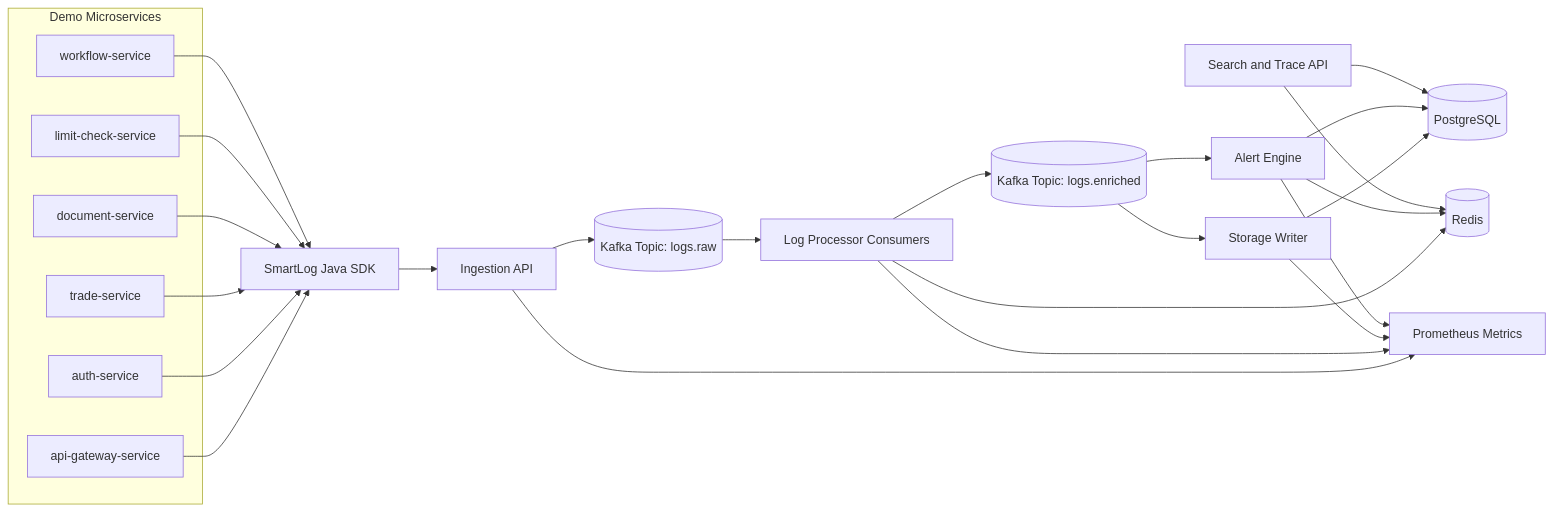
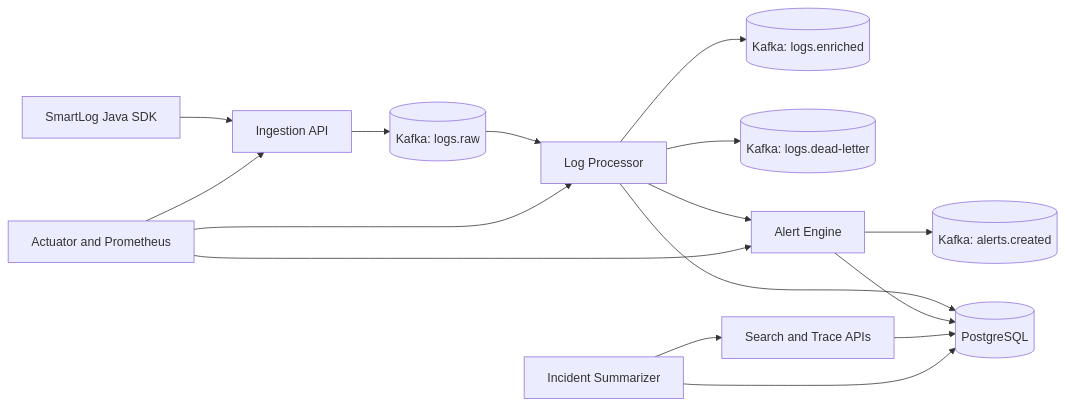
One commit to Aman-Tripathi-Code/smartLog changed the diagram in README.md. Above: the diagram before and after it, drawn with Mermaid. The commit also changed other lines of this file, not shown here.

````diff
--- a/README.md
+++ b/README.md
@@ -381,47 +27,18 @@
 ```mermaid
 flowchart LR
-    subgraph DemoMicroservices[Demo Microservices]
-        APIGW[api-gateway-service]
-        AUTH[auth-service]
-        TRADE[trade-service]
-        DOC[document-service]
-        LIMIT[limit-check-service]
-        WORKFLOW[workflow-service]
-    end
-
-    SDK[SmartLog Java SDK]
-    INGEST[Ingestion API]
-    KRAW[(Kafka Topic: logs.raw)]
-    PROCESSOR[Log Processor Consumers]
-    KENRICH[(Kafka Topic: logs.enriched)]
-    STORAGE[Storage Writer]
-    ALERT[Alert Engine]
-    DB[(PostgreSQL)]
-    REDIS[(Redis)]
-    QUERY[Search and Trace API]
-    METRICS[Prometheus Metrics]
-
-    APIGW --> SDK
-    AUTH --> SDK
-    TRADE --> SDK
-    DOC --> SDK
-    LIMIT --> SDK
-    WORKFLOW --> SDK
-
-    SDK --> INGEST
-    INGEST --> KRAW
-    KRAW --> PROCESSOR
-    PROCESSOR --> KENRICH
-    PROCESSOR --> REDIS
-    KENRICH --> STORAGE
-    STORAGE --> DB
-    KENRICH --> ALERT
+    SDK[SmartLog Java SDK] --> INGEST[Ingestion API]
+    INGEST --> RAW[(Kafka: logs.raw)]
+    RAW --> PROCESSOR[Log Processor]
+    PROCESSOR --> ENRICHED[(Kafka: logs.enriched)]
+    PROCESSOR --> DLQ[(Kafka: logs.dead-letter)]
+    PROCESSOR --> DB[(PostgreSQL)]
+    PROCESSOR --> ALERT[Alert Engine]
     ALERT --> DB
-    ALERT --> REDIS
-    QUERY --> DB
-    QUERY --> REDIS
-    INGEST --> METRICS
-    PROCESSOR --> METRICS
-    STORAGE --> METRICS
-    ALERT --> METRICS
+    ALERT --> ALERT_TOPIC[(Kafka: alerts.created)]
+    QUERY[Search and Trace APIs] --> DB
+    AI[Incident Summarizer] --> QUERY
+    AI --> DB
+    METRICS[Actuator and Prometheus] --> INGEST
+    METRICS --> PROCESSOR
+    METRICS --> ALERT
 ```
````
